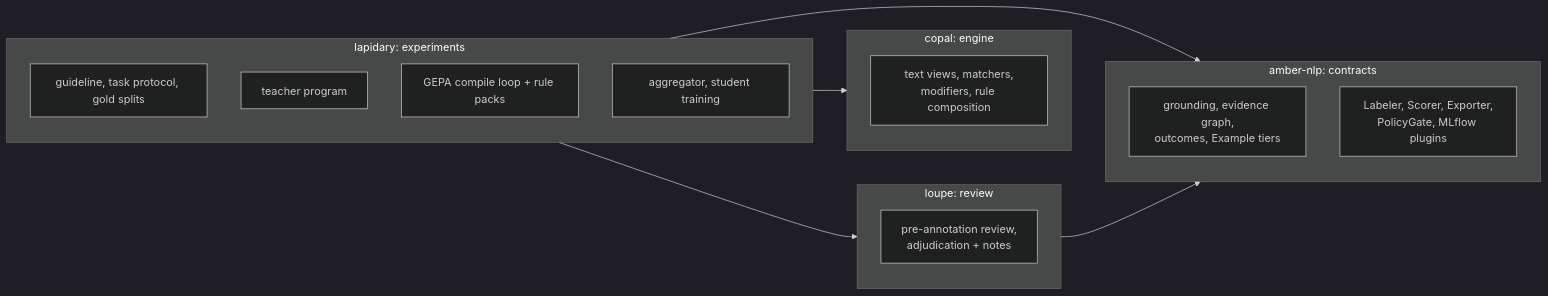
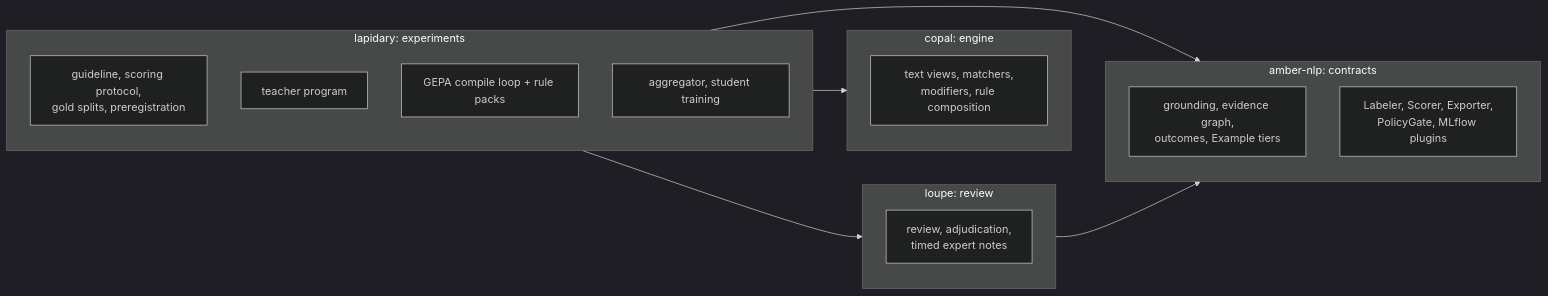
Before and after one commit to NUCATS-D3/amber-nlp: the second of 7 diagrams in docs/design/compiled-clinical-ie.md, drawn with Mermaid (dark theme). The commit also changed other lines of this file, not shown here.

First line of the commit message:
Revise compiled clinical IE design after review, lit search, GEPA recon

````diff
--- a/docs/design/compiled-clinical-ie.md
+++ b/docs/design/compiled-clinical-ie.md
@@ -156,23 +226,23 @@
 ```mermaid
 flowchart LR
     subgraph lapidary["lapidary: experiments"]
-        L1["guideline, task protocol, gold splits"]
+        L1["guideline, scoring protocol,<br/>gold splits, preregistration"]
         L2["teacher program"]
         L3["GEPA compile loop + rule packs"]
         L4["aggregator, student training"]
     end
     subgraph copal["copal: engine"]
         C1["text views, matchers,<br/>modifiers, rule composition"]
     end
     subgraph loupe["loupe: review"]
-        R1["pre-annotation review,<br/>adjudication + notes"]
+        R1["review, adjudication,<br/>timed expert notes"]
     end
     subgraph amber["amber-nlp: contracts"]
         A1["grounding, evidence graph,<br/>outcomes, Example tiers"]
         A2["Labeler, Scorer, Exporter,<br/>PolicyGate, MLflow plugins"]
     end
     lapidary --> amber
     lapidary --> copal
     lapidary --> loupe
     loupe --> amber
 ```
````
